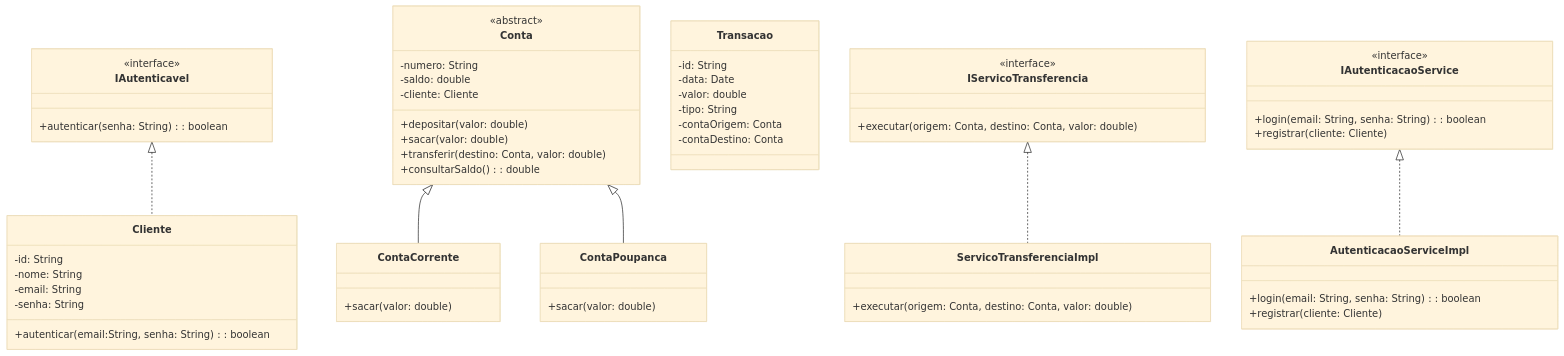
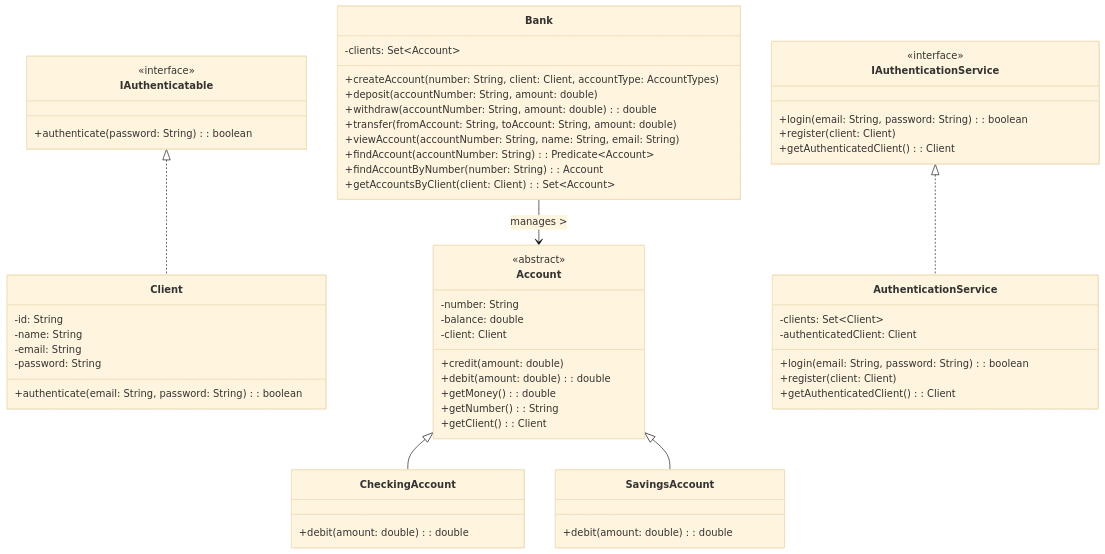
Before and after one commit to luk-z0/digital-bank: the diagram in README.md, drawn with Mermaid (base theme). The commit also changed 15 other files, not shown here.

First line of the commit message:
feat: add Lombok, authentication simulation, services and interfaces; refactor Bank and UML

````diff
--- a/README.md
+++ b/README.md
@@ -20,73 +20,73 @@
 ```mermaid
-    classDiagram
-    direction TB
+        classDiagram
+direction TB
 
-    class IAutenticavel {
-        <<interface>>
-        +autenticar(senha: String): boolean
-    }
+class IAuthenticatable {
+    <<interface>>
+    +authenticate(password: String): boolean
+}
 
-    class Cliente {
-        -id: String
-        -nome: String
-        -email: String
-        -senha: String
-        +autenticar(email:String, senha: String): boolean
-    }
+class Client {
+    -id: String
+    -name: String
+    -email: String
+    -password: String
+    +authenticate(email: String, password: String): boolean
+}
 
-    class Conta {
-        <<abstract>>
-        -numero: String
-        -saldo: double
-        -cliente: Cliente
-        +depositar(valor: double)
-        +sacar(valor: double)
-        +transferir(destino: Conta, valor: double)
-        +consultarSaldo(): double
-    }
+class Account {
+    <<abstract>>
+    -number: String
+    -balance: double
+    -client: Client
+    +credit(amount: double)
+    +debit(amount: double): double
+    +getMoney(): double
+    +getNumber(): String
+    +getClient(): Client
+}
 
-    class ContaCorrente {
-        +sacar(valor: double)
-    }
+class CheckingAccount {
+    +debit(amount: double): double
+}
 
-    class ContaPoupanca {
-        +sacar(valor: double)
-    }
+class SavingsAccount {
+    +debit(amount: double): double
+}
 
-    class Transacao {
-        -id: String
-        -data: Date
-        -valor: double
-        -tipo: String
-        -contaOrigem: Conta
-        -contaDestino: Conta
-    }
+class Bank {
+    -clients: Set~Account~
+    +createAccount(number: String, client: Client, accountType: AccountTypes)
+    +deposit(accountNumber: String, amount: double)
+    +withdraw(accountNumber: String, amount: double): double
+    +transfer(fromAccount: String, toAccount: String, amount: double)
+    +viewAccount(accountNumber: String, name: String, email: String)
+    +findAccount(accountNumber: String): Predicate~Account~
+    +findAccountByNumber(number: String): Account
+    +getAccountsByClient(client: Client): Set~Account~
+}
 
-    class IServicoTransferencia {
-        <<interface>>
-        +executar(origem: Conta, destino: Conta, valor: double)
-    }
+class IAuthenticationService {
+    <<interface>>
+    +login(email: String, password: String): boolean
+    +register(client: Client)
+    +getAuthenticatedClient(): Client
+}
 
-    class ServicoTransferenciaImpl {
-        +executar(origem: Conta, destino: Conta, valor: double)
-    }
+class AuthenticationService {
+    -clients: Set~Client~
+    -authenticatedClient: Client
+    +login(email: String, password: String): boolean
+    +register(client: Client)
+    +getAuthenticatedClient(): Client
+}
 
-    class IAutenticacaoService {
-        <<interface>>
-        +login(email: String, senha: String): boolean
-        +registrar(cliente: Cliente)
-    }
+IAuthenticatable <|.. Client
+Account <|-- CheckingAccount
+Account <|-- SavingsAccount
+Bank --> Account : manages >
+IAuthenticationService <|.. AuthenticationService
 
-    class AutenticacaoServiceImpl {
-        +login(email: String, senha: String): boolean
-        +registrar(cliente: Cliente)
-    }
-
-    IAutenticavel <|.. Cliente
-    Conta <|-- ContaCorrente
-    Conta <|-- ContaPoupanca
-    IServicoTransferencia <|.. ServicoTransferenciaImpl
-    IAutenticacaoService <|.. AutenticacaoServiceImpl
 
 
 ```
````
